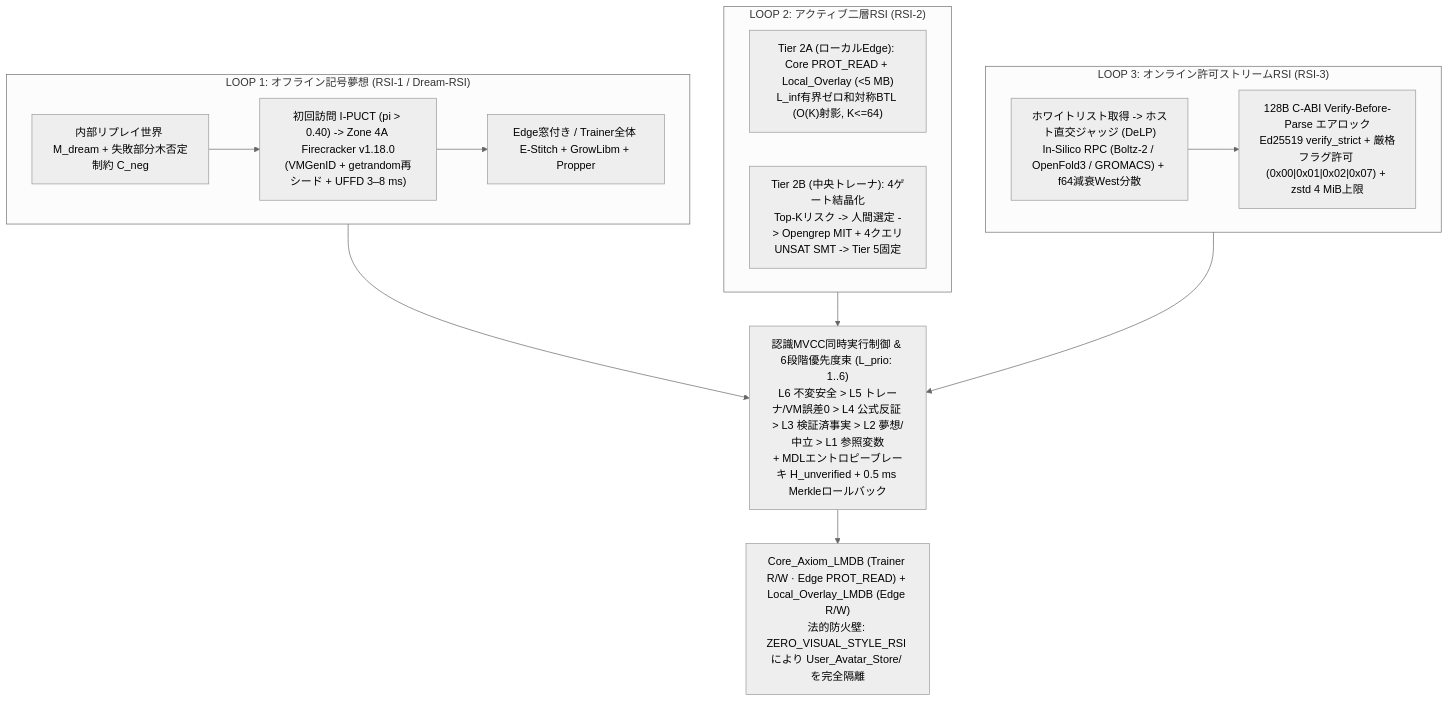
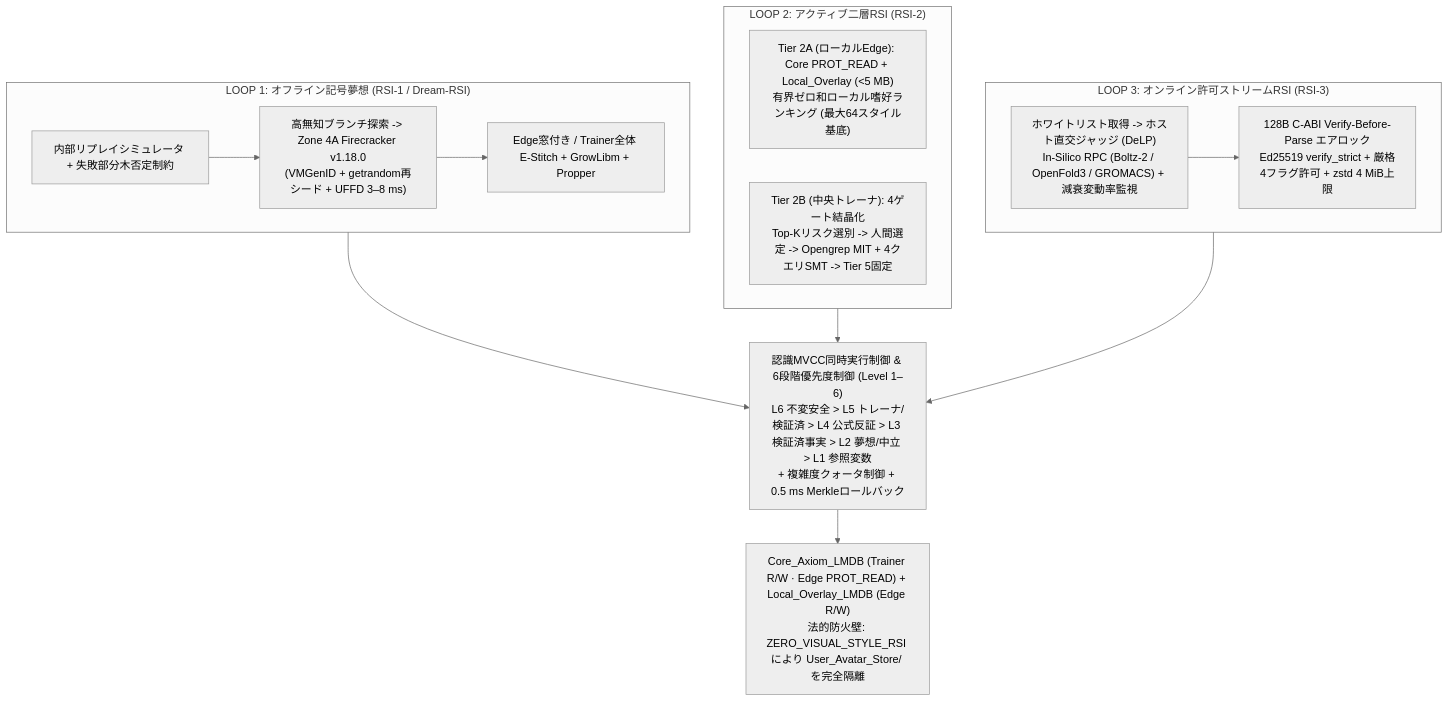
The eighth of 16 diagrams in README.md (vuhoangquanhoctap-glitch/Takuma-1-Trinity), drawn with Mermaid (neutral theme) before and after one commit. The commit also changed other lines of this file, not shown here.

````diff
--- a/README.md
+++ b/README.md
@@ -520,25 +532,25 @@
 ```mermaid
 flowchart TB
     subgraph L1["LOOP 1: オフライン記号夢想 (RSI-1 / Dream-RSI)"]
-        D1["内部リプレイ世界 M_dream + 失敗部分木否定制約 C_neg"]
-        D2["初回訪問 I-PUCT (pi > 0.40) -> Zone 4A Firecracker v1.18.0<br/>(VMGenID + getrandom再シード + UFFD 3–8 ms)"]
+        D1["内部リプレイシミュレータ + 失敗部分木否定制約"]
+        D2["高無知ブランチ探索 -> Zone 4A Firecracker v1.18.0<br/>(VMGenID + getrandom再シード + UFFD 3–8 ms)"]
         D3["Edge窓付き / Trainer全体 E-Stitch + GrowLibm + Propper"]
         D1 --> D2 --> D3
     end
 
     subgraph L2["LOOP 2: アクティブ二層RSI (RSI-2)"]
-        A1["Tier 2A (ローカルEdge): Core PROT_READ + Local_Overlay (<5 MB)<br/>L_inf有界ゼロ和対称BTL (O(K)射影, K<=64)"]
-        A2["Tier 2B (中央トレーナ): 4ゲート結晶化<br/>Top-Kリスク -> 人間選定 -> Opengrep MIT + 4クエリUNSAT SMT -> Tier 5固定"]
+        A1["Tier 2A (ローカルEdge): Core PROT_READ + Local_Overlay (<5 MB)<br/>有界ゼロ和ローカル嗜好ランキング (最大64スタイル基底)"]
+        A2["Tier 2B (中央トレーナ): 4ゲート結晶化<br/>Top-Kリスク選別 -> 人間選定 -> Opengrep MIT + 4クエリSMT -> Tier 5固定"]
     end
 
     subgraph L3["LOOP 3: オンライン許可ストリームRSI (RSI-3)"]
-        O1["ホワイトリスト取得 -> ホスト直交ジャッジ (DeLP)<br/>In-Silico RPC (Boltz-2 / OpenFold3 / GROMACS) + f64減衰West分散"]
-        O2["128B C-ABI Verify-Before-Parse エアロック<br/>Ed25519 verify_strict + 厳格フラグ許可 (0x00|0x01|0x02|0x07) + zstd 4 MiB上限"]
+        O1["ホワイトリスト取得 -> ホスト直交ジャッジ (DeLP)<br/>In-Silico RPC (Boltz-2 / OpenFold3 / GROMACS) + 減衰変動率監視"]
+        O2["128B C-ABI Verify-Before-Parse エアロック<br/>Ed25519 verify_strict + 厳格4フラグ許可 + zstd 4 MiB上限"]
         O1 --> O2
     end
 
-    L1 --> MVCC["認識MVCC同時実行制御 & 6段階優先度束 (L_prio: 1..6)<br/>L6 不変安全 > L5 トレーナ/VM誤差0 > L4 公式反証 > L3 検証済事実 > L2 夢想/中立 > L1 参照変数<br/>+ MDLエントロピーブレーキ H_unverified + 0.5 ms Merkleロールバック"]
+    L1 --> MVCC["認識MVCC同時実行制御 & 6段階優先度制御 (Level 1–6)<br/>L6 不変安全 > L5 トレーナ/検証済 > L4 公式反証 > L3 検証済事実 > L2 夢想/中立 > L1 参照変数<br/>+ 複雑度クォータ制御 + 0.5 ms Merkleロールバック"]
     L2 --> MVCC
     L3 --> MVCC
     MVCC --> DB["Core_Axiom_LMDB (Trainer R/W · Edge PROT_READ) + Local_Overlay_LMDB (Edge R/W)<br/>法的防火壁: ZERO_VISUAL_STYLE_RSI により User_Avatar_Store/ を完全隔離"]
 ```
````
